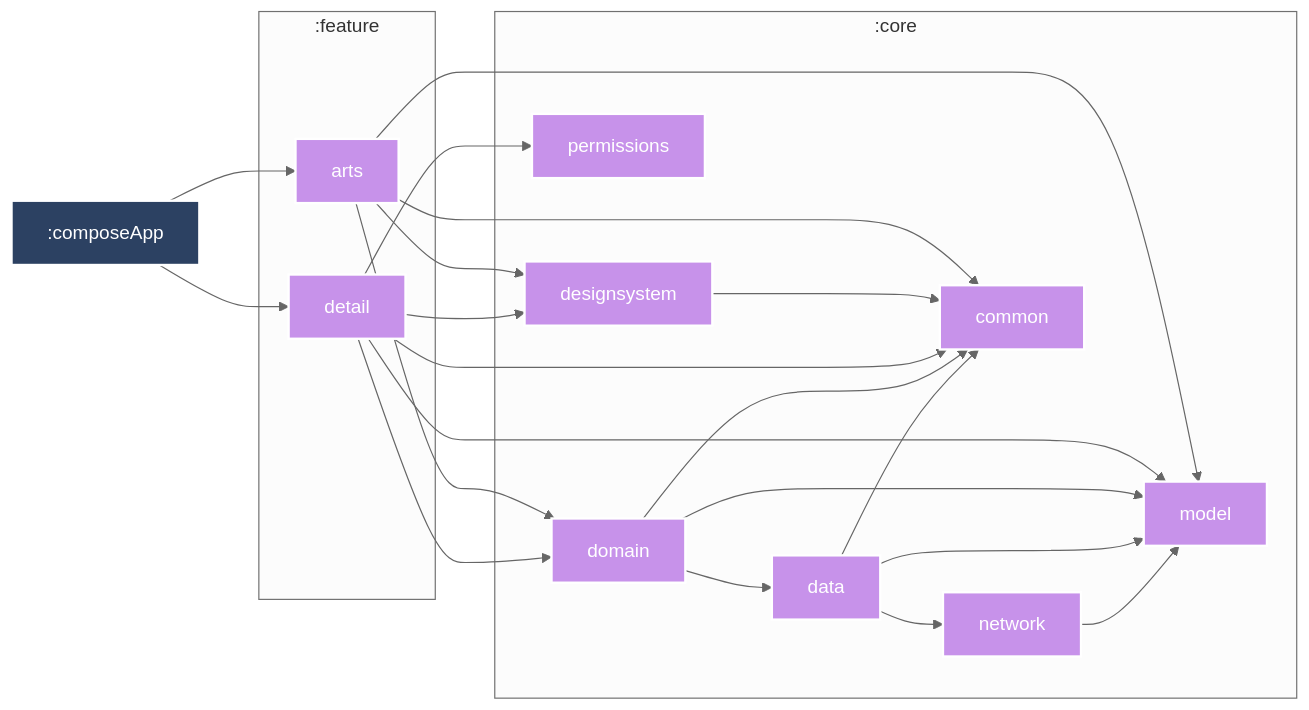
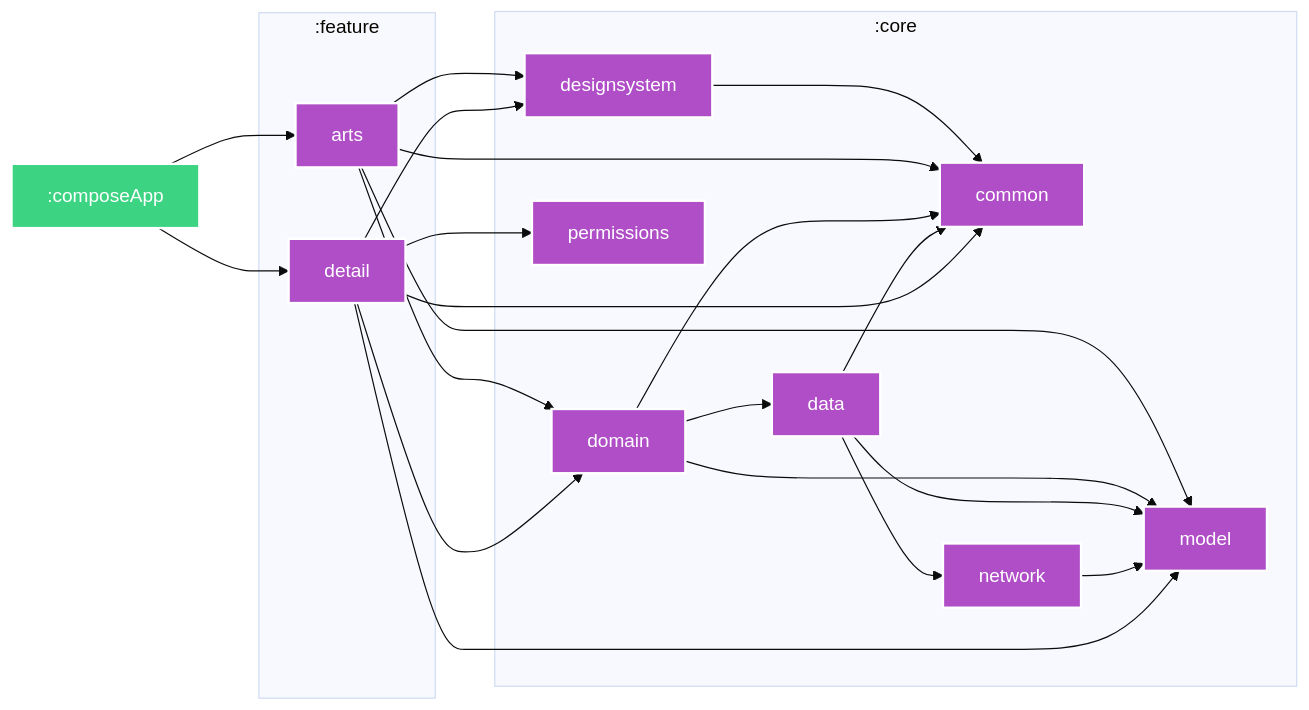
The diagram in README.md (fethij/Rijksmuseum), drawn with Mermaid before and after one commit. The commit also changed 1 other file, not shown here.

Commit message:
update module graph

````diff
--- a/README.md
+++ b/README.md
@@ -89,55 +89,55 @@
 ```mermaid
 %%{
   init: {
-    'theme': 'neutral'
+    'theme': 'base'
   }
 }%%
 
 graph LR
   subgraph :core
-    :core:network["network"]
+    :core:designsystem["designsystem"]
+    :core:common["common"]
+    :core:domain["domain"]
     :core:model["model"]
     :core:data["data"]
-    :core:common["common"]
-    :core:domain["domain"]
+    :core:network["network"]
     :core:permissions["permissions"]
-    :core:designsystem["designsystem"]
   end
   subgraph :feature
     :feature:arts["arts"]
     :feature:detail["detail"]
   end
+  :core:designsystem --> :core:common
+  :feature:arts --> :core:common
+  :feature:arts --> :core:domain
+  :feature:arts --> :core:model
+  :feature:arts --> :core:designsystem
+  :core:domain --> :core:common
+  :core:domain --> :core:data
+  :core:domain --> :core:model
   :composeApp --> :feature:arts
   :composeApp --> :feature:detail
-  :core:network --> :core:model
   :core:data --> :core:common
   :core:data --> :core:network
   :core:data --> :core:model
-  :core:domain --> :core:common
-  :core:domain --> :core:data
-  :core:domain --> :core:model
+  :core:network --> :core:model
   :feature:detail --> :core:common
   :feature:detail --> :core:model
   :feature:detail --> :core:permissions
   :feature:detail --> :core:domain
   :feature:detail --> :core:designsystem
-  :core:designsystem --> :core:common
-  :feature:arts --> :core:common
-  :feature:arts --> :core:domain
-  :feature:arts --> :core:model
-  :feature:arts --> :core:designsystem
 
-classDef android-application fill:#2C4162,stroke:#fff,stroke-width:2px,color:#fff;
-classDef kotlin-multiplatform fill:#C792EA,stroke:#fff,stroke-width:2px,color:#fff;
+classDef kotlin-multiplatform fill:#b04ec7,stroke:#fff,stroke-width:2px,color:#fff;
+classDef android-application fill:#3CD483,stroke:#fff,stroke-width:2px,color:#fff;
+class :core:designsystem kotlin-multiplatform
+class :core:common kotlin-multiplatform
+class :feature:arts kotlin-multiplatform
+class :core:domain kotlin-multiplatform
+class :core:model kotlin-multiplatform
+class :core:data kotlin-multiplatform
 class :composeApp android-application
-class :feature:arts kotlin-multiplatform
 class :feature:detail kotlin-multiplatform
 class :core:network kotlin-multiplatform
-class :core:model kotlin-multiplatform
-class :core:data kotlin-multiplatform
-class :core:common kotlin-multiplatform
-class :core:domain kotlin-multiplatform
 class :core:permissions kotlin-multiplatform
-class :core:designsystem kotlin-multiplatform
 
 ```
````
